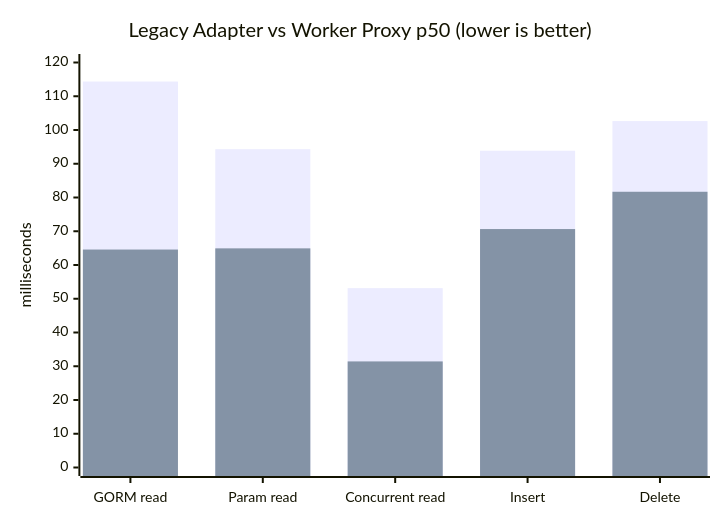
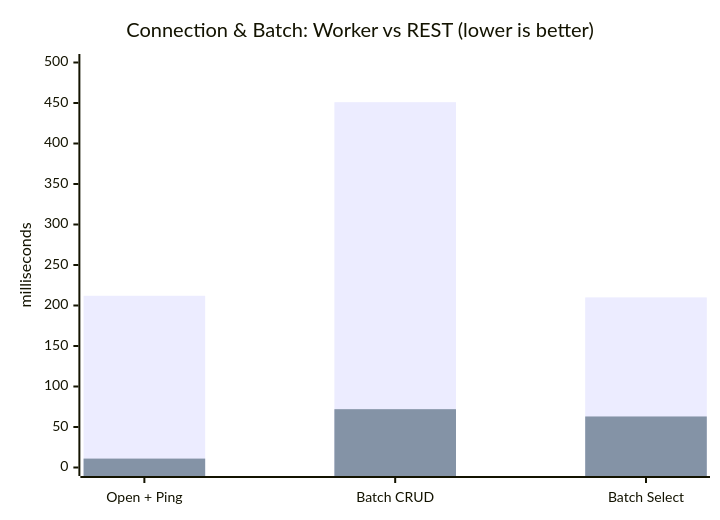
The diagram in README.md (intmian/gorm-d1-adapter), drawn with Mermaid before and after one commit. The commit also changed other lines of this file and 6 other files, not shown here.

````diff
--- a/README.md
+++ b/README.md
@@ -73,8 +102,8 @@
 ```mermaid
 xychart-beta
-    title "Legacy Adapter vs Worker Proxy p50 (lower is better)"
-    x-axis ["GORM read", "Param read", "Concurrent read", "Insert", "Delete"]
-    y-axis "milliseconds" 0 --> 120
-    bar "Legacy Adapter" [114.36, 94.31, 53.15, 93.86, 102.65]
-    bar "Worker Proxy" [64.58, 64.93, 31.43, 70.65, 81.70]
+    title "Connection & Batch: Worker vs REST (lower is better)"
+    x-axis ["Open + Ping", "Batch CRUD", "Batch Select"]
+    y-axis "milliseconds" 0 --> 500
+    bar "REST" [212, 451, 210]
+    bar "Worker" [11, 72, 63]
 ```
````
